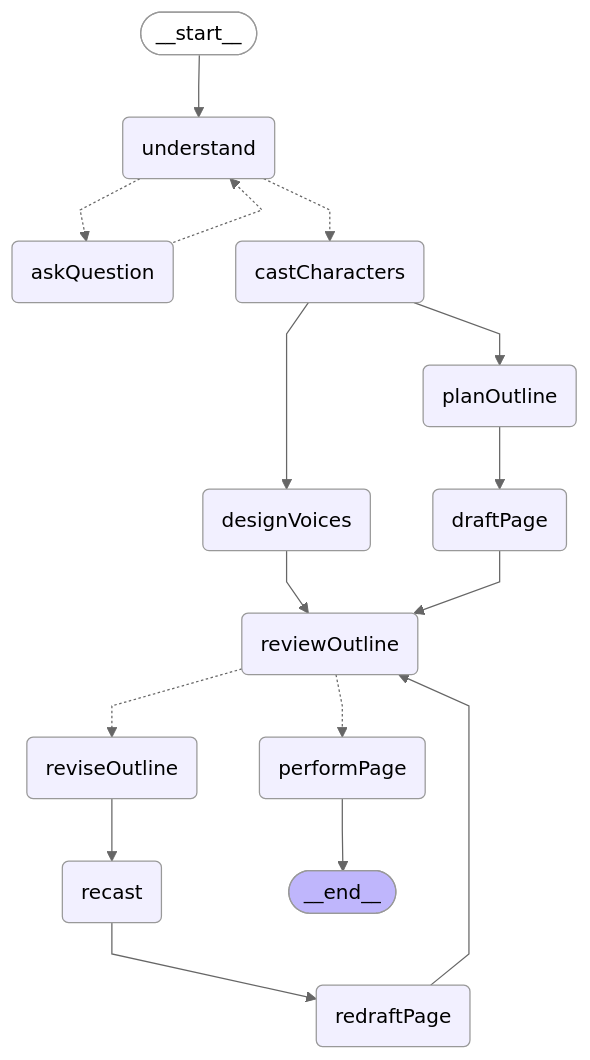
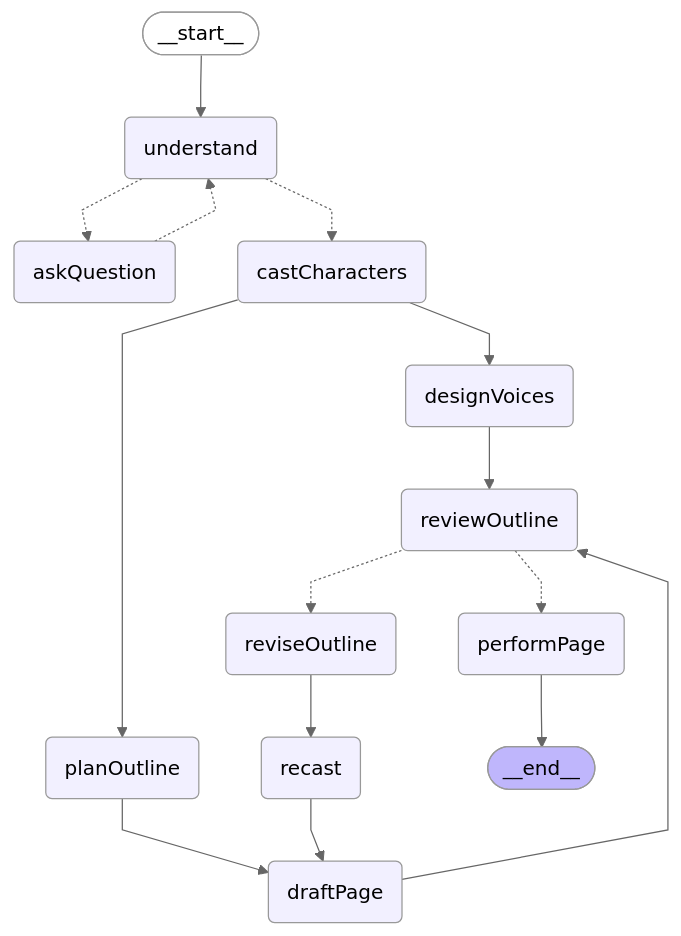
The diagram in packages/app/dev/story-graph.mmd (sattaman/giggle-stories), drawn with Mermaid (neutral theme) before and after one commit. The commit also changed 7 other files, not shown here.

First line of the commit message:
Graph: deferred outline review, validated resumes, node timeouts with cancellation

```diff
--- a/packages/app/dev/story-graph.mmd
+++ b/packages/app/dev/story-graph.mmd
@@ -1,33 +1,31 @@
 %%{init: {'flowchart': {'curve': 'linear'}}}%%
 graph TD;
 	__start__([<p>__start__</p>]):::first
 	understand(understand)
 	askQuestion(askQuestion)
 	castCharacters(castCharacters)
 	designVoices(designVoices)
 	planOutline(planOutline)
 	draftPage(draftPage)
 	reviewOutline(reviewOutline)
 	reviseOutline(reviseOutline)
 	recast(recast)
-	redraftPage(redraftPage)
 	performPage(performPage)
 	__end__([<p>__end__</p>]):::last
 	__start__ --> understand;
 	castCharacters --> designVoices;
 	castCharacters --> planOutline;
 	designVoices --> reviewOutline;
 	draftPage --> reviewOutline;
 	performPage --> __end__;
 	planOutline --> draftPage;
-	recast --> redraftPage;
-	redraftPage --> reviewOutline;
+	recast --> draftPage;
 	reviseOutline --> recast;
 	understand -.-> castCharacters;
 	understand -.-> askQuestion;
 	askQuestion -.-> understand;
 	reviewOutline -.-> performPage;
 	reviewOutline -.-> reviseOutline;
 	classDef default fill:#f2f0ff,line-height:1.2;
 	classDef first fill-opacity:0;
 	classDef last fill:#bfb6fc;
```
